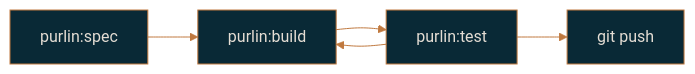
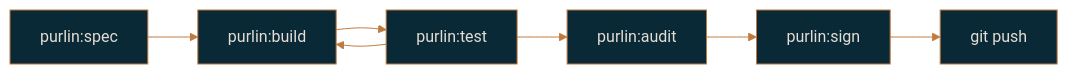
One commit to rlabarca/purlin changed the diagram in docs/getting-started.md. Above: the diagram before and after it, drawn with Mermaid. The commit also changed other lines of this file and 13 other files, not shown here.

````diff
--- a/docs/getting-started.md
+++ b/docs/getting-started.md
@@ -148,8 +150,10 @@
 ```mermaid
 %%{init: {"theme": "base", "themeVariables": {"background": "#0C3444", "primaryColor": "#092936", "primaryTextColor": "#E4DDD4", "primaryBorderColor": "#C0793F", "lineColor": "#C0793F", "secondaryColor": "#0C3444", "tertiaryColor": "#092936", "fontFamily": "Arial", "textColor": "#E4DDD4"}}}%%
 flowchart LR
   spec["purlin:spec"] --> build["purlin:build"]
   build --> test["purlin:test"]
   test --> build
-  test --> push["git push"]
+  test --> audit["purlin:audit"]
+  audit --> sign["purlin:sign"]
+  sign --> push["git push"]
 ```
````
